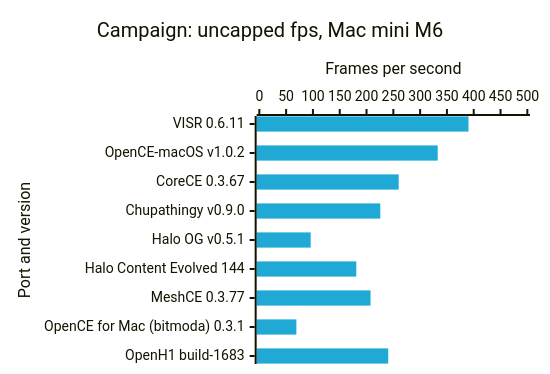
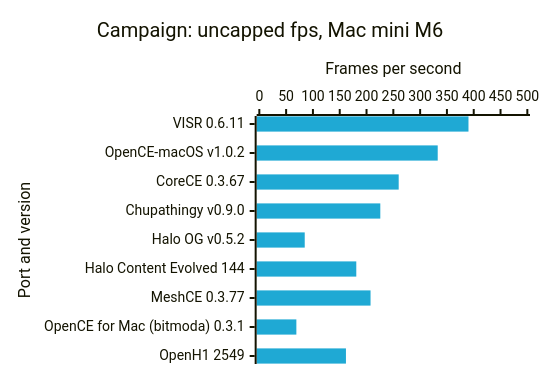
The second of 8 diagrams in docs/benchmarks.md (VISR-CE/visr), drawn with Mermaid before and after one commit. The commit also changed other lines of this file and 3 other files, not shown here.

First line of the commit message:
📊 data(bench): M6 uncapped rows for Halo OG v0.5.2, OpenH1 2549 and a VISR 0.6.10 control

````diff
--- a/docs/benchmarks.md
+++ b/docs/benchmarks.md
@@ -49,16 +49,16 @@
 ```mermaid
 ---
 config:
   xyChart:
     width: 520
     height: 354
   themeVariables:
     xyChart:
       plotColorPalette: "#1fa9d4, #ffc24d"
 ---
 xychart-beta horizontal
     title "Campaign: uncapped fps, Mac mini M6"
-    x-axis "Port and version" ["VISR 0.6.11", "OpenCE-macOS v1.0.2", "CoreCE 0.3.67", "Chupathingy v0.9.0", "Halo OG v0.5.1", "Halo Content Evolved 144", "MeshCE 0.3.77", "OpenCE for Mac (bitmoda) 0.3.1", "OpenH1 build-1683"]
+    x-axis "Port and version" ["VISR 0.6.11", "OpenCE-macOS v1.0.2", "CoreCE 0.3.67", "Chupathingy v0.9.0", "Halo OG v0.5.2", "Halo Content Evolved 144", "MeshCE 0.3.77", "OpenCE for Mac (bitmoda) 0.3.1", "OpenH1 2549"]
     y-axis "Frames per second" 0 --> 500
-    bar [390.2, 332.8, 260, 225.7, 95.8, 180.9, 207.5, 69.1, 240.5]
+    bar [390.2, 332.8, 260, 225.7, 84.7, 180.9, 207.5, 69.1, 161.6]
 ```
````
